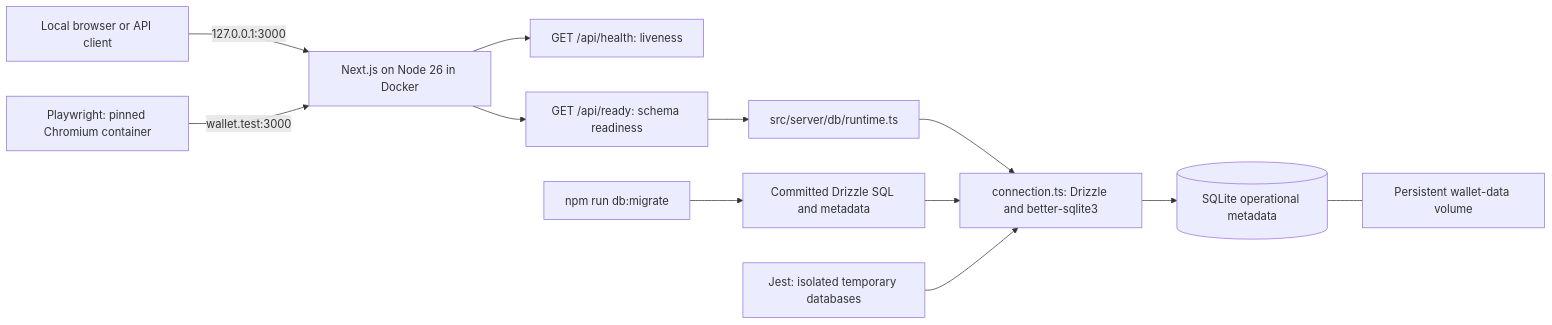
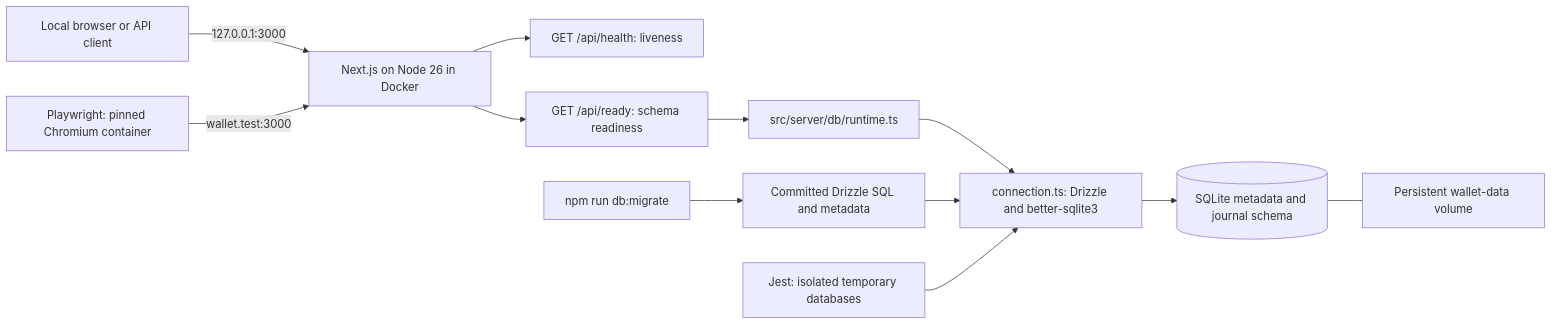
One commit to ahmadhafizh16/cocowallet changed the first of 8 diagrams in artifact/DIAGRAMS.md. Above: the diagram before and after it, drawn with Mermaid. The commit also changed other lines of this file and 11 other files, not shown here.

````diff
--- a/artifact/DIAGRAMS.md
+++ b/artifact/DIAGRAMS.md
@@ -7,14 +7,14 @@
 ```mermaid
 flowchart LR
     Local[Local browser or API client] -->|127.0.0.1:3000| Next[Next.js on Node 26 in Docker]
     Next --> Health[GET /api/health: liveness]
     Next --> Ready[GET /api/ready: schema readiness]
     Ready --> Runtime[src/server/db/runtime.ts]
     Runtime --> Connection[connection.ts: Drizzle and better-sqlite3]
     CLI[npm run db:migrate] --> Migrations[Committed Drizzle SQL and metadata]
     Migrations --> Connection
-    Connection --> SQLite[(SQLite operational metadata)]
+    Connection --> SQLite[(SQLite metadata and journal schema)]
     SQLite --- Volume[Persistent wallet-data volume]
     Jest[Jest: isolated temporary databases] --> Connection
     Browser[Playwright: pinned Chromium container] -->|wallet.test:3000| Next
 ```
````
